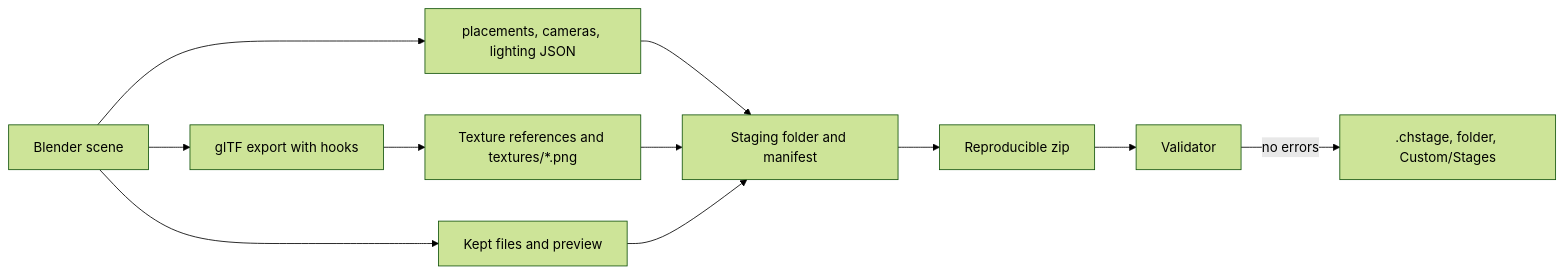
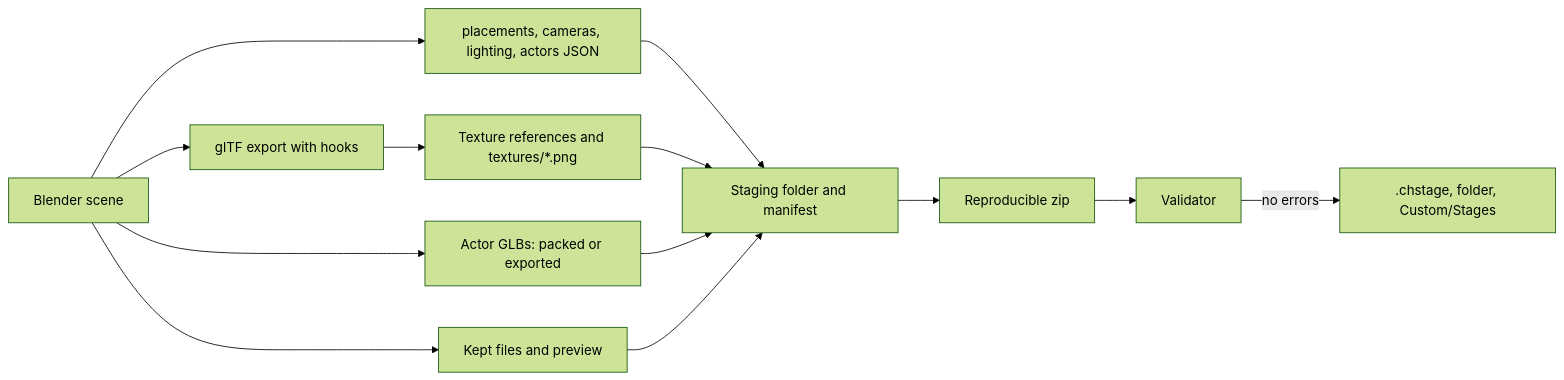
One commit to heditwo/gh3-clonehero-skin changed the diagram in docs/BLENDER-ADDON.md. Above: the diagram before and after it, drawn with Mermaid (forest theme). The commit also changed other lines of this file and 25 other files, not shown here.

````diff
--- a/docs/BLENDER-ADDON.md
+++ b/docs/BLENDER-ADDON.md
@@ -146,13 +212,15 @@
 ```mermaid
 flowchart LR
-    Scene[Blender scene] --> Sidecars[placements, cameras, lighting JSON]
+    Scene[Blender scene] --> Sidecars[placements, cameras, lighting, actors JSON]
     Scene --> Glb[glTF export with hooks]
     Glb --> Finish[Texture references and textures/*.png]
+    Scene --> Actors[Actor GLBs: packed or exported]
     Scene --> Kept[Kept files and preview]
     Sidecars --> Folder[Staging folder and manifest]
     Finish --> Folder
+    Actors --> Folder
     Kept --> Folder
     Folder --> Zip[Reproducible zip]
     Zip --> Validator
     Validator -->|no errors| Target[.chstage, folder, Custom/Stages]
 ```
````
